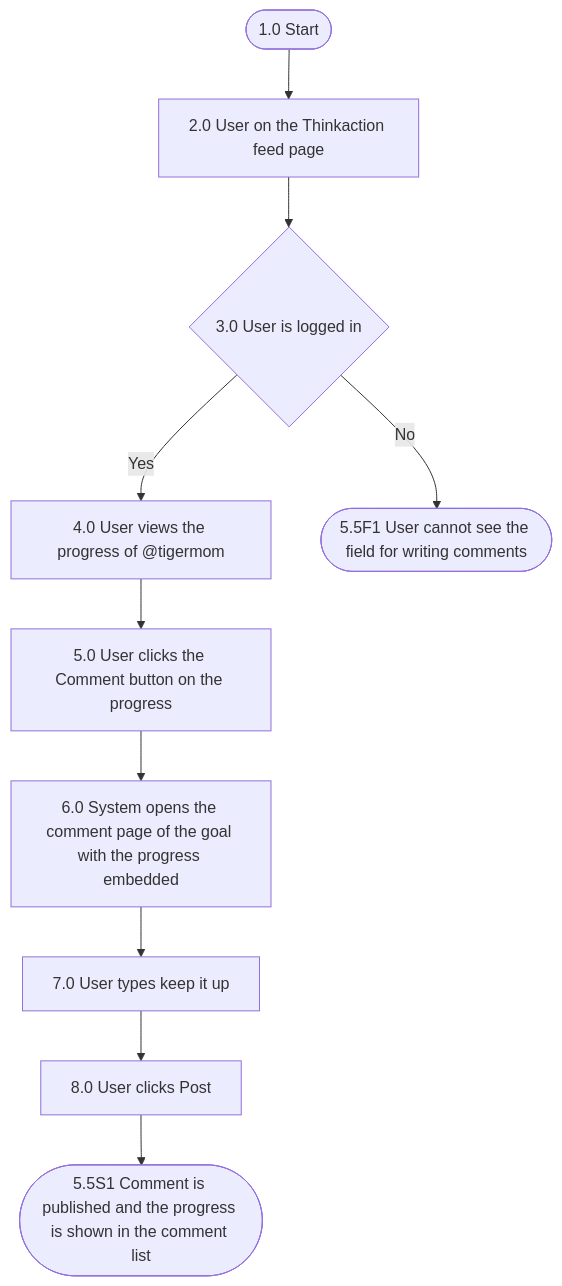
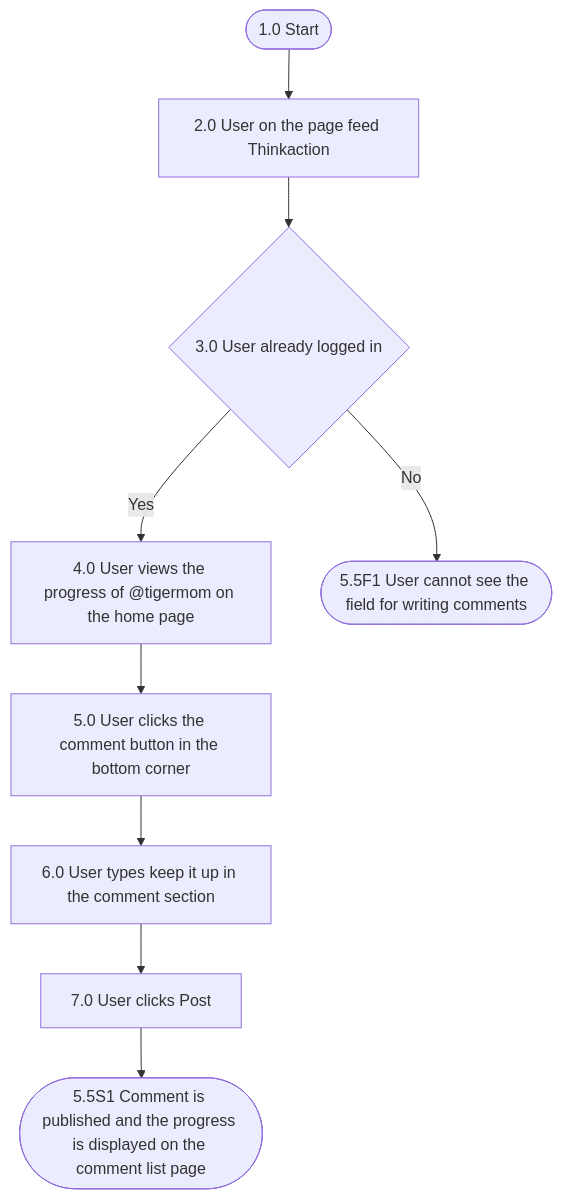
Before and after one commit to Impointhub/docs: the diagram in thinkaction/comment-on-progress.mdx, drawn with Mermaid. The commit also changed other lines of this file and 12 other files, not shown here.

First line of the commit message:
Replace Thinkaction docs with PRD v4 (with mockup images) and add Database page

````diff
--- a/thinkaction/comment-on-progress.mdx
+++ b/thinkaction/comment-on-progress.mdx
@@ -9,12 +9,11 @@
 ```mermaid
 flowchart TB
-  A(["1.0 Start"]) --> B["2.0 User on the Thinkaction feed page"]
-  B --> C{"3.0 User is logged in"}
-  C -- Yes --> D["4.0 User views the progress of @tigermom"]
+  A(["1.0 Start"]) --> B["2.0 User on the page feed Thinkaction"]
+  B --> C{"3.0 User already logged in"}
+  C -- Yes --> D["4.0 User views the progress of @tigermom on the home page"]
   C -- No --> F1(["5.5F1 User cannot see the field for writing comments"])
-  D --> E["5.0 User clicks the Comment button on the progress"]
-  E --> F["6.0 System opens the comment page of the goal with the progress embedded"]
-  F --> G["7.0 User types keep it up"]
-  G --> H["8.0 User clicks Post"]
-  H --> S1(["5.5S1 Comment is published and the progress is shown in the comment list"])
+  D --> E["5.0 User clicks the comment button in the bottom corner"]
+  E --> F["6.0 User types keep it up in the comment section"]
+  F --> G["7.0 User clicks Post"]
+  G --> S1(["5.5S1 Comment is published and the progress is displayed on the comment list page"])
 ```
````
